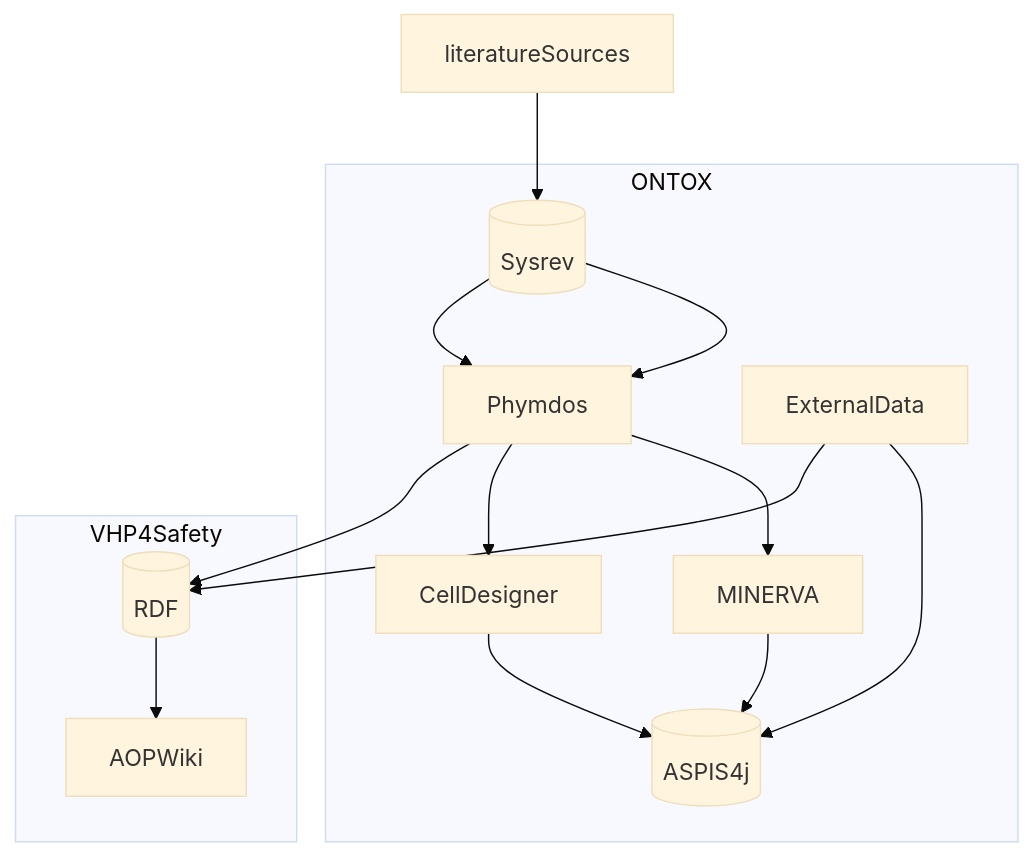
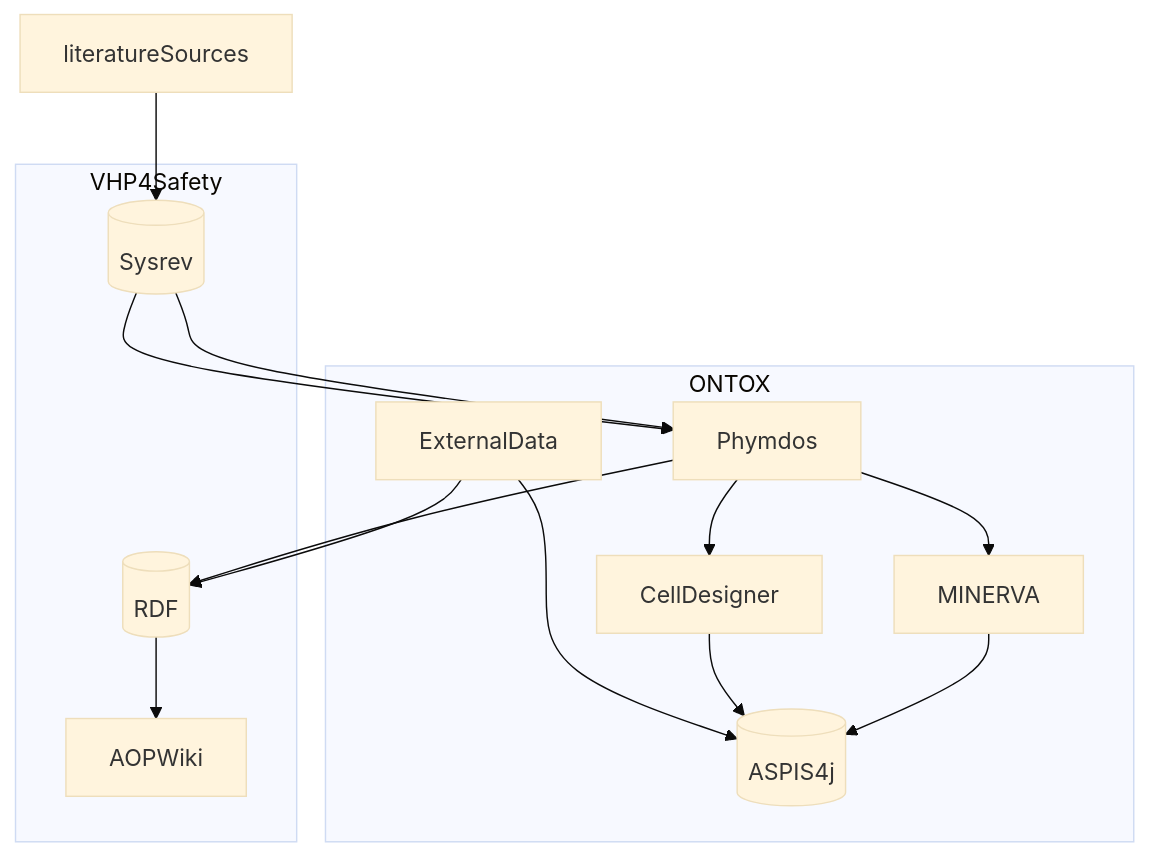
One commit to ontox-hu/workflows changed the diagram in ONTOX-vs-VHP4Safety.md. Above: the diagram before and after it, drawn with Mermaid (base theme). The commit also changed other lines of this file, not shown here.

````diff
--- a/ONTOX-vs-VHP4Safety.md
+++ b/ONTOX-vs-VHP4Safety.md
@@ -1,22 +1,22 @@
 ```mermaid
 flowchart TB
     literatureSources-->Sysrev[(Sysrev)]
+    Sysrev[(Sysrev)]-->Phymdos
     
     subgraph ONTOX
-    Sysrev[(Sysrev)]-->Phymdos
     Phymdos-->MINERVA
     Phymdos-->CellDesigner
     ExternalData-->ASPIS4j[(ASPIS4j)]
     CellDesigner-->ASPIS4j[(ASPIS4j)]
     MINERVA-->ASPIS4j[(ASPIS4j)]
     
     end
     
     subgraph VHP4Safety
     Sysrev[(Sysrev)]-->Phymdos
     Phymdos-->RDF[(RDF)]
     RDF[(RDF)]-->AOPWiki
     ExternalData-->RDF[(RDF)]
     end
     
 ```
````
